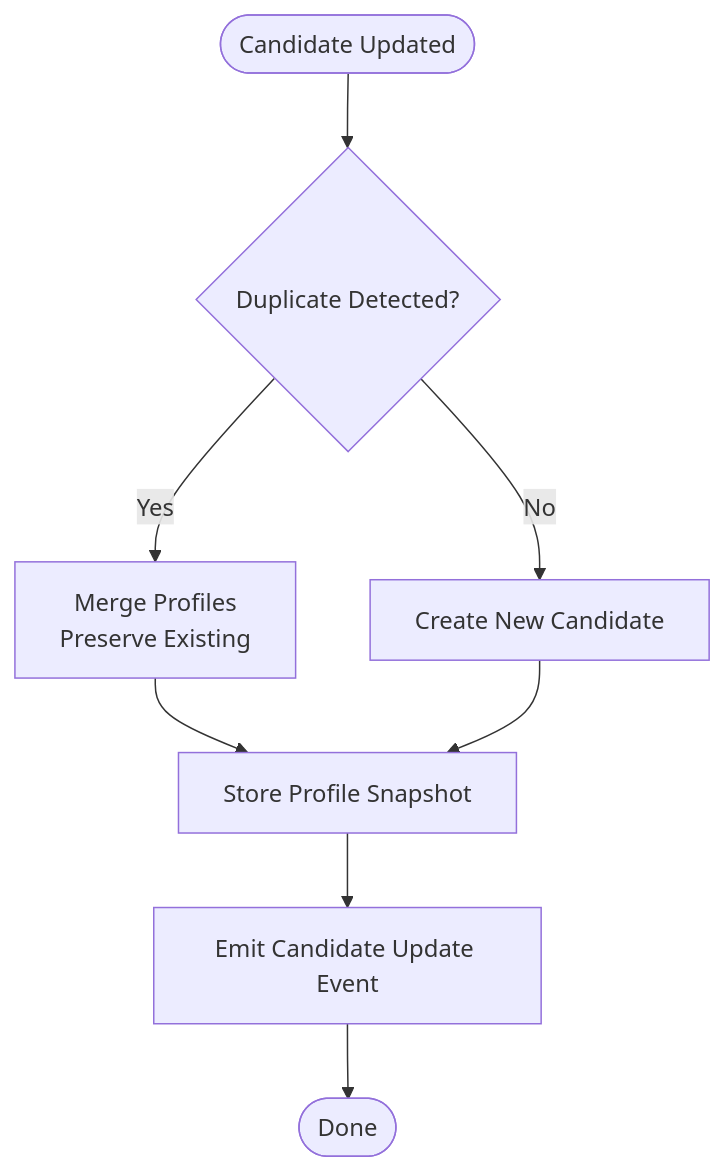
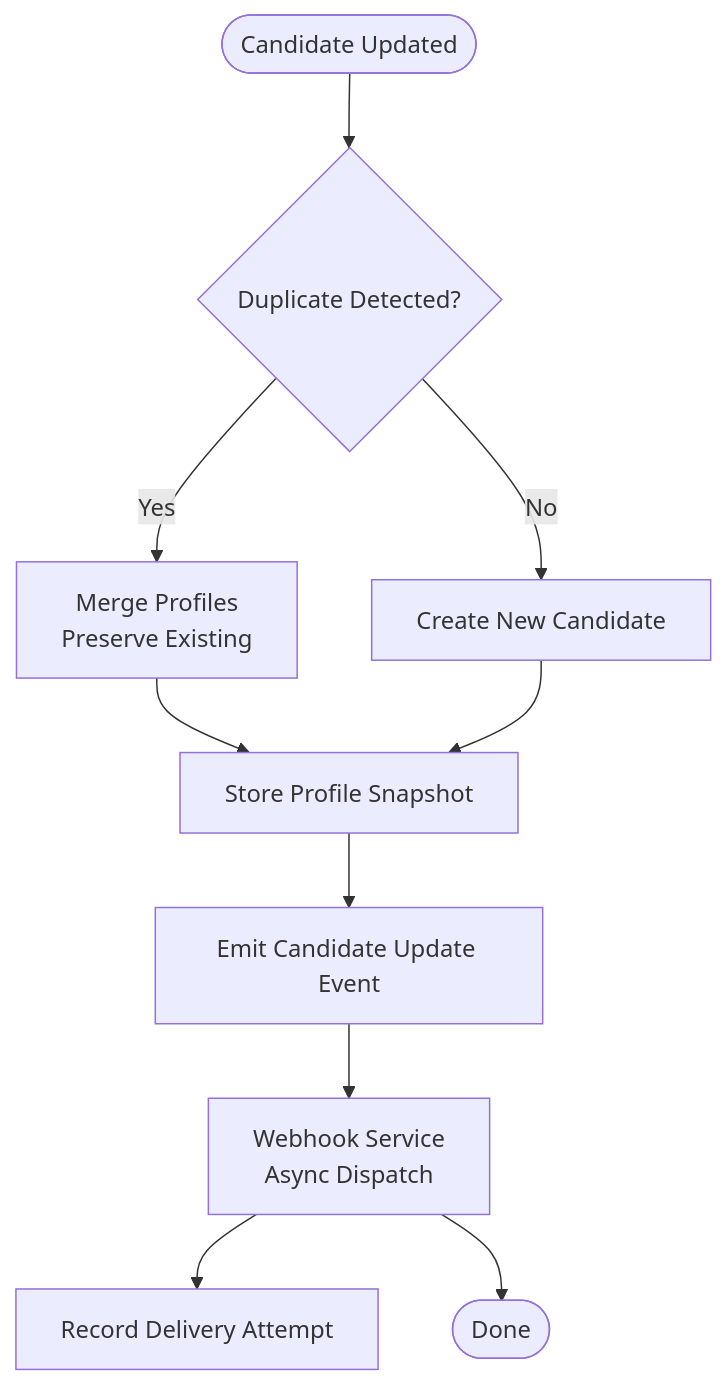
The fourth of 10 diagrams in .qoder/repowiki/en/content/Advanced Topics/Integration Patterns/Webhook Systems.md (Revanththetalogics/aireume), drawn with Mermaid before and after one commit. The commit also changed other lines of this file and 4 other files, not shown here.

````diff
--- a/.qoder/repowiki/en/content/Advanced Topics/Integration Patterns/Webhook Systems.md
+++ b/.qoder/repowiki/en/content/Advanced Topics/Integration Patterns/Webhook Systems.md
@@ -174,10 +230,12 @@
 ```mermaid
 flowchart TD
 Start(["Candidate Updated"]) --> Dedup{"Duplicate Detected?"}
 Dedup --> |Yes| Merge["Merge Profiles<br/>Preserve Existing"]
 Dedup --> |No| Create["Create New Candidate"]
 Merge --> Store["Store Profile Snapshot"]
 Create --> Store
 Store --> Emit["Emit Candidate Update Event"]
-Emit --> End(["Done"])
+Emit --> WS["Webhook Service<br/>Async Dispatch"]
+WS --> DB["Record Delivery Attempt"]
+WS --> End(["Done"])
 ```
````
